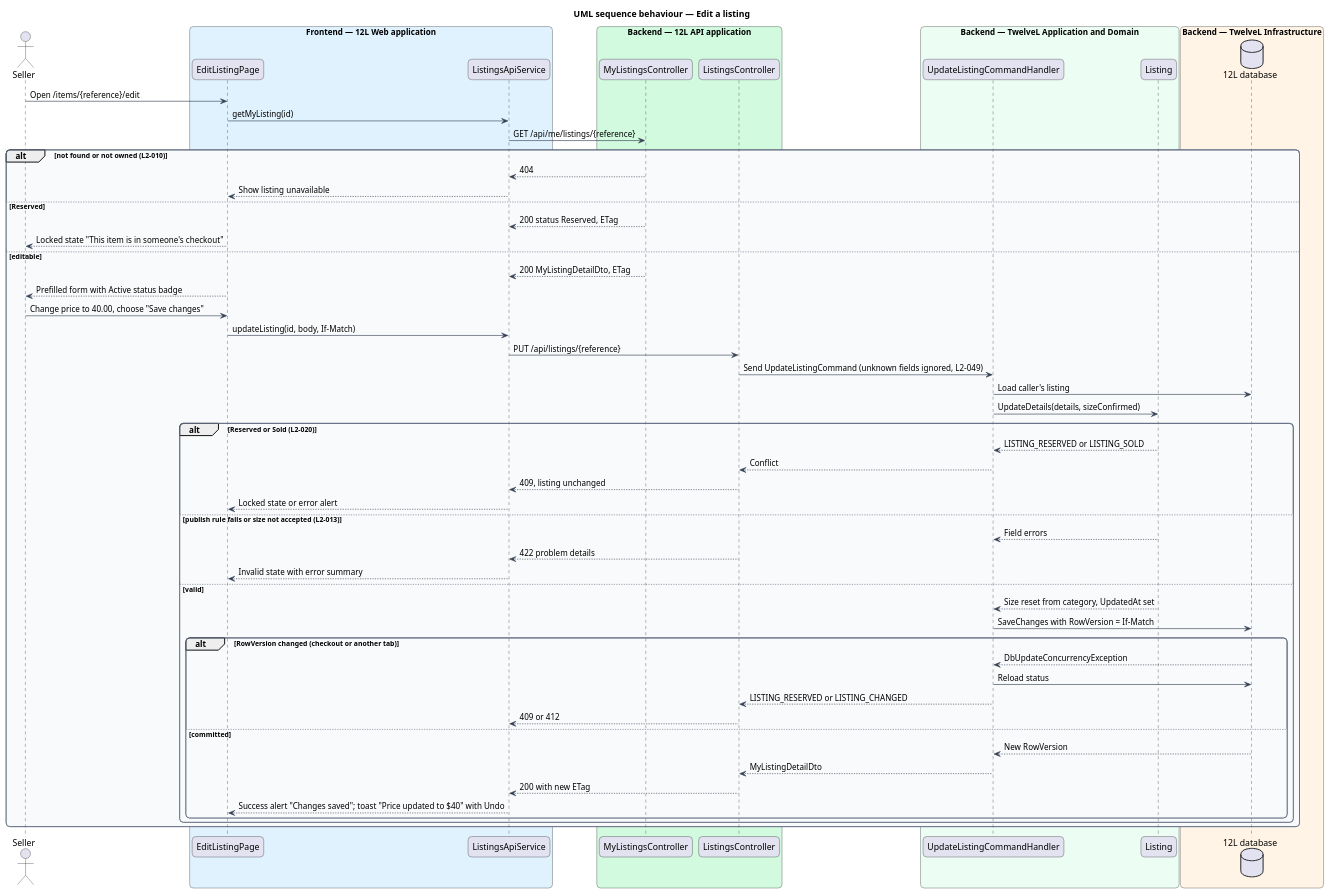
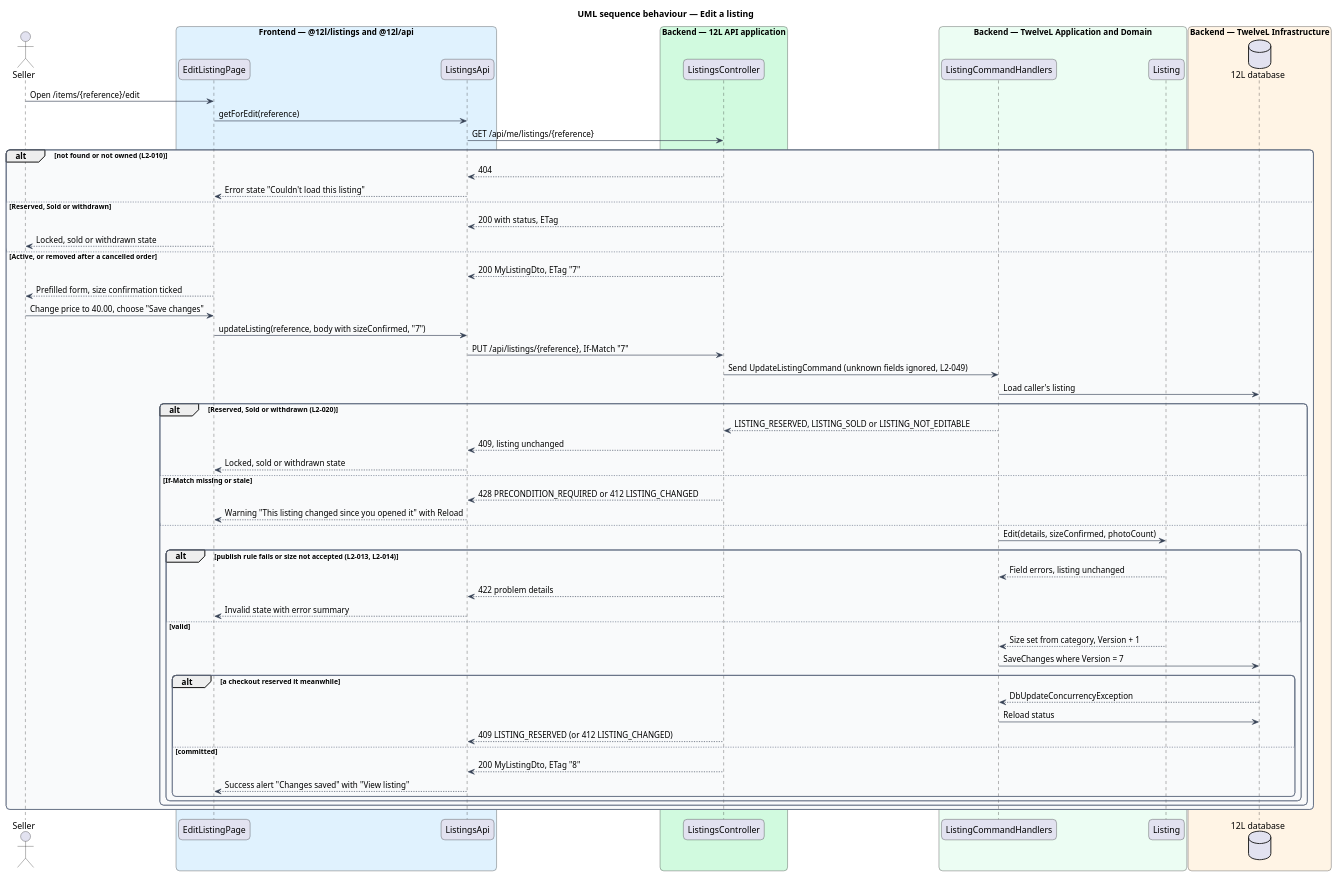
The diagram in docs/detailed-designs/listings/edit-and-withdraw-listing/diagrams/sequence-edit-listing.puml (QuinntyneBrown/12l), drawn with PlantUML before and after one commit. The commit also changed 18 other files, not shown here.

Commit message:
Document edit-and-withdraw-listing: design, ADR listings/0003, mocks, L2-020, composition, estimates

```diff
--- a/docs/detailed-designs/listings/edit-and-withdraw-listing/diagrams/sequence-edit-listing.puml
+++ b/docs/detailed-designs/listings/edit-and-withdraw-listing/diagrams/sequence-edit-listing.puml
@@ -1,76 +1,76 @@
 @startuml
 title UML sequence behaviour — Edit a listing
 skinparam backgroundColor #FFFFFF
 skinparam shadowing false
 skinparam roundcorner 12
 skinparam defaultFontName Arial
 skinparam ArrowColor #344054
 skinparam rectangle {
   BorderColor #344054
   FontColor #101828
 }
 skinparam package {
   BorderColor #667085
   FontColor #101828
   BackgroundColor #F9FAFB
 }
 actor "Seller" as actor
-box "Frontend — 12L Web application" #E0F2FE
+box "Frontend — @12l/listings and @12l/api" #E0F2FE
   participant "EditListingPage" as page
-  participant "ListingsApiService" as client
+  participant "ListingsApi" as client
 end box
 box "Backend — 12L API application" #D1FADF
-  participant "MyListingsController" as myctrl
   participant "ListingsController" as controller
 end box
 box "Backend — TwelveL Application and Domain" #ECFDF3
-  participant "UpdateListingCommandHandler" as handler
+  participant "ListingCommandHandlers" as handler
   participant "Listing" as entity
 end box
 box "Backend — TwelveL Infrastructure" #FFF4E5
   database "12L database" as db
 end box
 actor -> page : Open /items/{reference}/edit
-page -> client : getMyListing(id)
-client -> myctrl : GET /api/me/listings/{reference}
+page -> client : getForEdit(reference)
+client -> controller : GET /api/me/listings/{reference}
 alt not found or not owned (L2-010)
-  myctrl --> client : 404
-  client --> page : Show listing unavailable
-else Reserved
-  myctrl --> client : 200 status Reserved, ETag
-  page --> actor : Locked state "This item is in someone's checkout"
-else editable
-  myctrl --> client : 200 MyListingDetailDto, ETag
-  page --> actor : Prefilled form with Active status badge
+  controller --> client : 404
+  client --> page : Error state "Couldn't load this listing"
+else Reserved, Sold or withdrawn
+  controller --> client : 200 with status, ETag
+  page --> actor : Locked, sold or withdrawn state
+else Active, or removed after a cancelled order
+  controller --> client : 200 MyListingDto, ETag "7"
+  page --> actor : Prefilled form, size confirmation ticked
   actor -> page : Change price to 40.00, choose "Save changes"
-  page -> client : updateListing(id, body, If-Match)
-  client -> controller : PUT /api/listings/{reference}
+  page -> client : updateListing(reference, body with sizeConfirmed, "7")
+  client -> controller : PUT /api/listings/{reference}, If-Match "7"
   controller -> handler : Send UpdateListingCommand (unknown fields ignored, L2-049)
   handler -> db : Load caller's listing
-  handler -> entity : UpdateDetails(details, sizeConfirmed)
-  alt Reserved or Sold (L2-020)
-    entity --> handler : LISTING_RESERVED or LISTING_SOLD
-    handler --> controller : Conflict
+  alt Reserved, Sold or withdrawn (L2-020)
+    handler --> controller : LISTING_RESERVED, LISTING_SOLD or LISTING_NOT_EDITABLE
     controller --> client : 409, listing unchanged
-    client --> page : Locked state or error alert
-  else publish rule fails or size not accepted (L2-013)
-    entity --> handler : Field errors
-    controller --> client : 422 problem details
-    client --> page : Invalid state with error summary
-  else valid
-    entity --> handler : Size reset from category, UpdatedAt set
-    handler -> db : SaveChanges with RowVersion = If-Match
-    alt RowVersion changed (checkout or another tab)
-      db --> handler : DbUpdateConcurrencyException
-      handler -> db : Reload status
-      handler --> controller : LISTING_RESERVED or LISTING_CHANGED
-      controller --> client : 409 or 412
-    else committed
-      db --> handler : New RowVersion
-      handler --> controller : MyListingDetailDto
-      controller --> client : 200 with new ETag
-      client --> page : Success alert "Changes saved"; toast "Price updated to $40" with Undo
+    client --> page : Locked, sold or withdrawn state
+  else If-Match missing or stale
+    controller --> client : 428 PRECONDITION_REQUIRED or 412 LISTING_CHANGED
+    client --> page : Warning "This listing changed since you opened it" with Reload
+  else
+    handler -> entity : Edit(details, sizeConfirmed, photoCount)
+    alt publish rule fails or size not accepted (L2-013, L2-014)
+      entity --> handler : Field errors, listing unchanged
+      controller --> client : 422 problem details
+      client --> page : Invalid state with error summary
+    else valid
+      entity --> handler : Size set from category, Version + 1
+      handler -> db : SaveChanges where Version = 7
+      alt a checkout reserved it meanwhile
+        db --> handler : DbUpdateConcurrencyException
+        handler -> db : Reload status
+        controller --> client : 409 LISTING_RESERVED (or 412 LISTING_CHANGED)
+      else committed
+        controller --> client : 200 MyListingDto, ETag "8"
+        client --> page : Success alert "Changes saved" with "View listing"
+      end
     end
   end
 end
 @enduml
```
